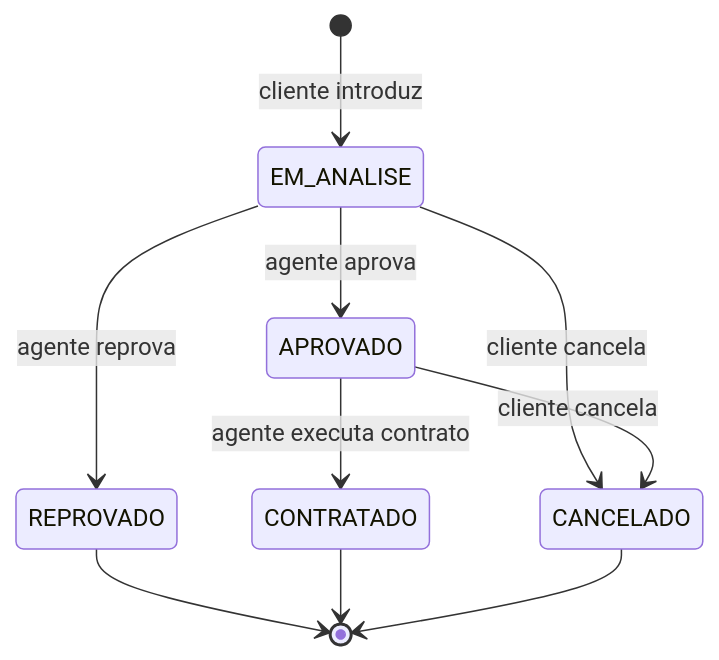
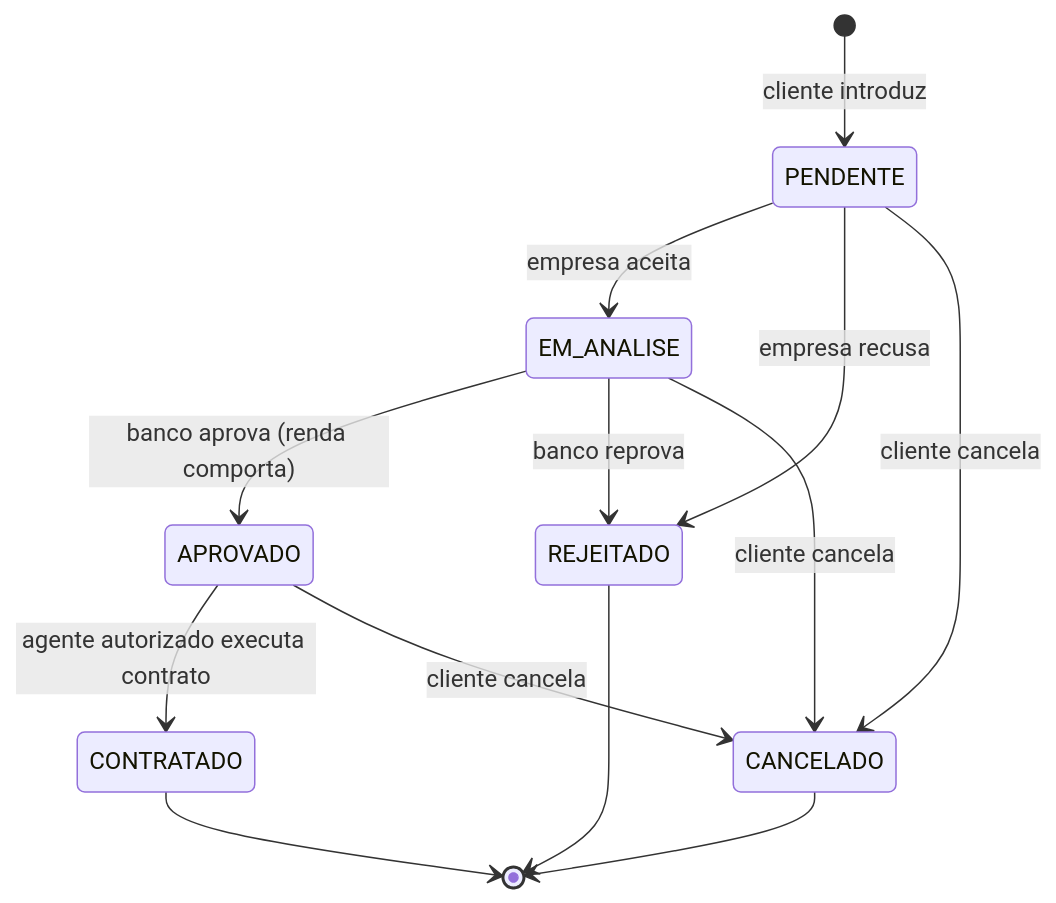
One commit to gpresot/Sistema-de-Aluguel-de-Carros changed the third of 4 diagrams in docs/modelagem.md. Above: the diagram before and after it, drawn with Mermaid. The commit also changed other lines of this file and 26 other files, not shown here.

````diff
--- a/docs/modelagem.md
+++ b/docs/modelagem.md
@@ -178,12 +200,15 @@
 ```mermaid
 stateDiagram-v2
-    [*] --> EM_ANALISE : cliente introduz
-    EM_ANALISE --> APROVADO : agente aprova
-    EM_ANALISE --> REPROVADO : agente reprova
+    [*] --> PENDENTE : cliente introduz
+    PENDENTE --> EM_ANALISE : empresa aceita
+    PENDENTE --> REJEITADO : empresa recusa
+    PENDENTE --> CANCELADO : cliente cancela
+    EM_ANALISE --> APROVADO : banco aprova (renda comporta)
+    EM_ANALISE --> REJEITADO : banco reprova
     EM_ANALISE --> CANCELADO : cliente cancela
-    APROVADO --> CONTRATADO : agente executa contrato
+    APROVADO --> CONTRATADO : agente autorizado executa contrato
     APROVADO --> CANCELADO : cliente cancela
-    REPROVADO --> [*]
+    REJEITADO --> [*]
     CONTRATADO --> [*]
     CANCELADO --> [*]
 ```
````
